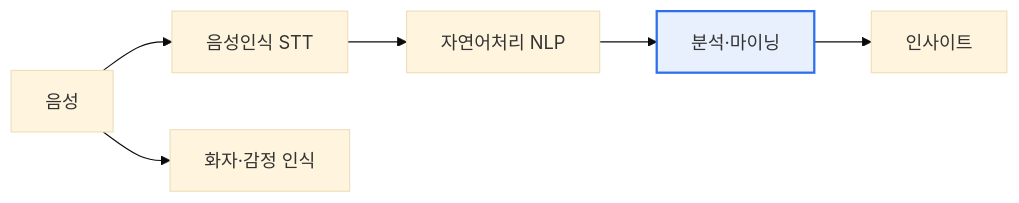
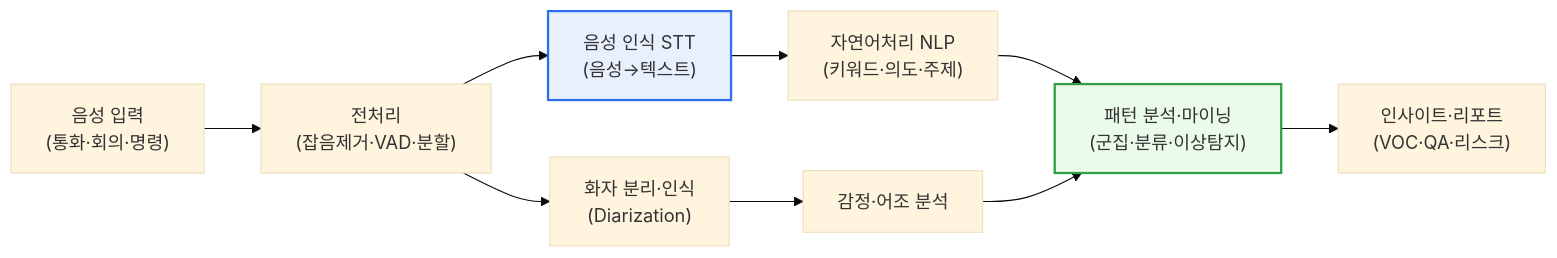
The first of 2 diagrams in content/voice-data-mining.md (coninggu/wjdqhrhksflrltnftk), drawn with Mermaid (base theme) before and after one commit. The commit also changed other lines of this file and 3 other files, not shown here.

````diff
--- a/content/voice-data-mining.md
+++ b/content/voice-data-mining.md
@@ -15,7 +30,13 @@
 ```mermaid
 flowchart LR
-  V[음성] --> S[음성인식 STT] --> N[자연어처리 NLP] --> A[분석·마이닝]
-  V --> SP[화자·감정 인식]
-  A --> I[인사이트]
-  style A fill:#e8f0fe,stroke:#2f6fed,stroke-width:2px
+  V["음성 입력<br/>(통화·회의·명령)"] --> PRE["전처리<br/>(잡음제거·VAD·분할)"]
+  PRE --> S["음성 인식 STT<br/>(음성→텍스트)"]
+  PRE --> SP["화자 분리·인식<br/>(Diarization)"]
+  S --> N["자연어처리 NLP<br/>(키워드·의도·주제)"]
+  SP --> EMO["감정·어조 분석"]
+  N --> A["패턴 분석·마이닝<br/>(군집·분류·이상탐지)"]
+  EMO --> A
+  A --> I["인사이트·리포트<br/>(VOC·QA·리스크)"]
+  style S fill:#e8f0fe,stroke:#2f6fed,stroke-width:2px
+  style A fill:#eafbea,stroke:#2f9e44,stroke-width:2px
 ```
````
